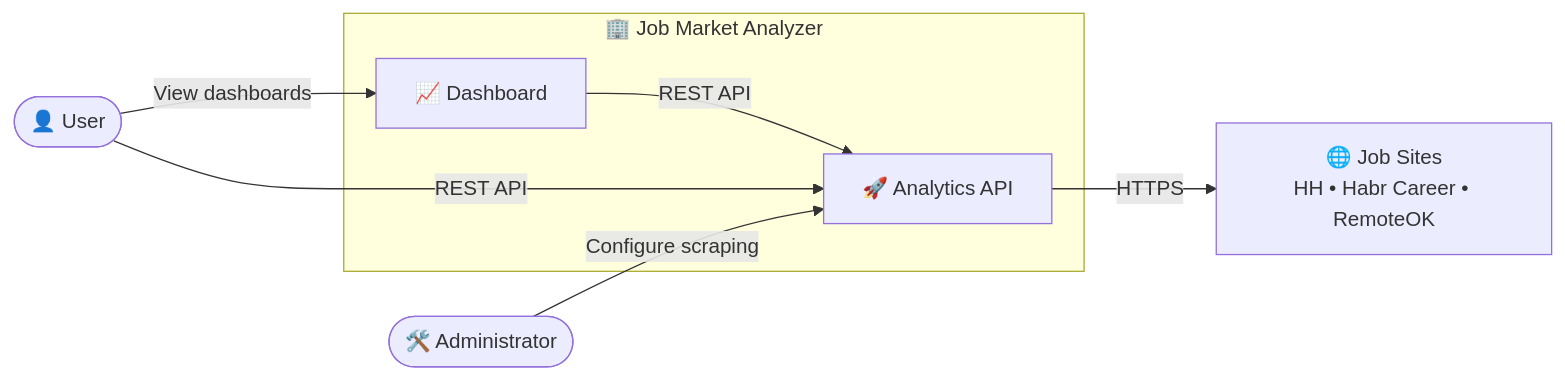
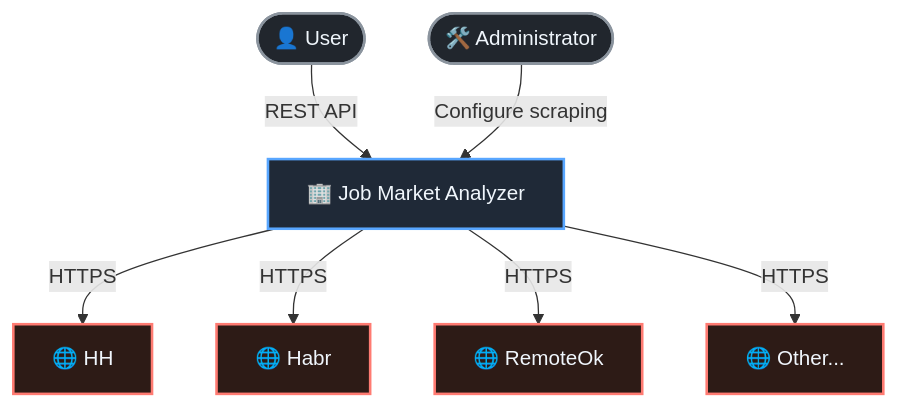
The diagram in docs/diagrams/c1-context.mmd (ma1sky/job_market_analyzer), drawn with Mermaid before and after one commit. The commit also changed 9 other files, not shown here.

```diff
--- a/docs/diagrams/c1-context.mmd
+++ b/docs/diagrams/c1-context.mmd
@@ -1,43 +1,61 @@
-flowchart LR
+flowchart TD
 
 %% ============================================================
 %% External Actors
 %% ============================================================
 
 user(["👤 User"])
 admin(["🛠️ Administrator"])
 
-sites["🌐 Job Sites<br/>HH • Habr Career • RemoteOK"]
-
-%% ============================================================
-%% System
-%% ============================================================
-
-subgraph system["🏢 Job Market Analyzer"]
-
-    dashboard["📈 Dashboard"]
-    app["🚀 Analytics API"]
-
-end
+hh["🌐 HH"]
+habr["🌐 Habr"]
+remoteok["🌐 RemoteOk"]
+system["🏢 Job Market Analyzer"]
+other["🌐 Other..."]
 
 %% ============================================================
 %% Relationships
 %% ============================================================
 
-user -->|"View dashboards"| dashboard
-dashboard -->|"REST API"| app
+user -->|"REST API"| system
 
-user -->|"REST API"| app
+admin -->|"Configure scraping"| system
 
-admin -->|"Configure scraping"| app
-
-app -->|"HTTPS"| sites
+system -->|"HTTPS"| hh
+system -->|"HTTPS"| habr
+system -->|"HTTPS"| remoteok
+system -->|"HTTPS"| other
 
 %% ============================================================
-%% Styles
+%%                        STYLES (classDef)
+%% ============================================================
+
+classDef actor fill:#21262D,stroke:#8B949E,stroke-width:2px,color:#F0F6FC;
+
+classDef service fill:#1F2937,stroke:#58A6FF,stroke-width:2px,color:#F0F6FC;
+
+classDef database fill:#0E4429,stroke:#3FB950,stroke-width:2px,color:#F0F6FC;
+
+classDef cache fill:#4D3A12,stroke:#F2CC60,stroke-width:2px,color:#F0F6FC;
+
+classDef queue fill:#4D3A12,stroke:#F2CC60,stroke-width:2px,color:#F0F6FC;
+
+classDef dashboard fill:#35264C,stroke:#BC8CFF,stroke-width:2px,color:#F0F6FC;
+
+classDef external fill:#2D1B16,stroke:#FF7B72,stroke-width:2px,color:#F0F6FC;
+
+classDef storage fill:#0E4429,stroke:#2EA043,stroke-width:2px,color:#F0F6FC;
+
+classDef scheduler fill:#3A2F00,stroke:#D29922,stroke-width:2px,color:#F0F6FC;
+
+classDef message fill:#2D333B,stroke:#768390,stroke-width:1px,color:#F0F6FC;
+
+classDef brokerFill fill:#4D3A12,stroke:#F2CC60,stroke-width:2px,color:#F0F6FC;
+
+%% ============================================================
+%%                 APPLYING STYLES (class)
 %% ============================================================
 
 class user,admin actor
-class app service
-class dashboard dashboard
-class sites external
+class system service
+class hh,habr,other,remoteok external
```
